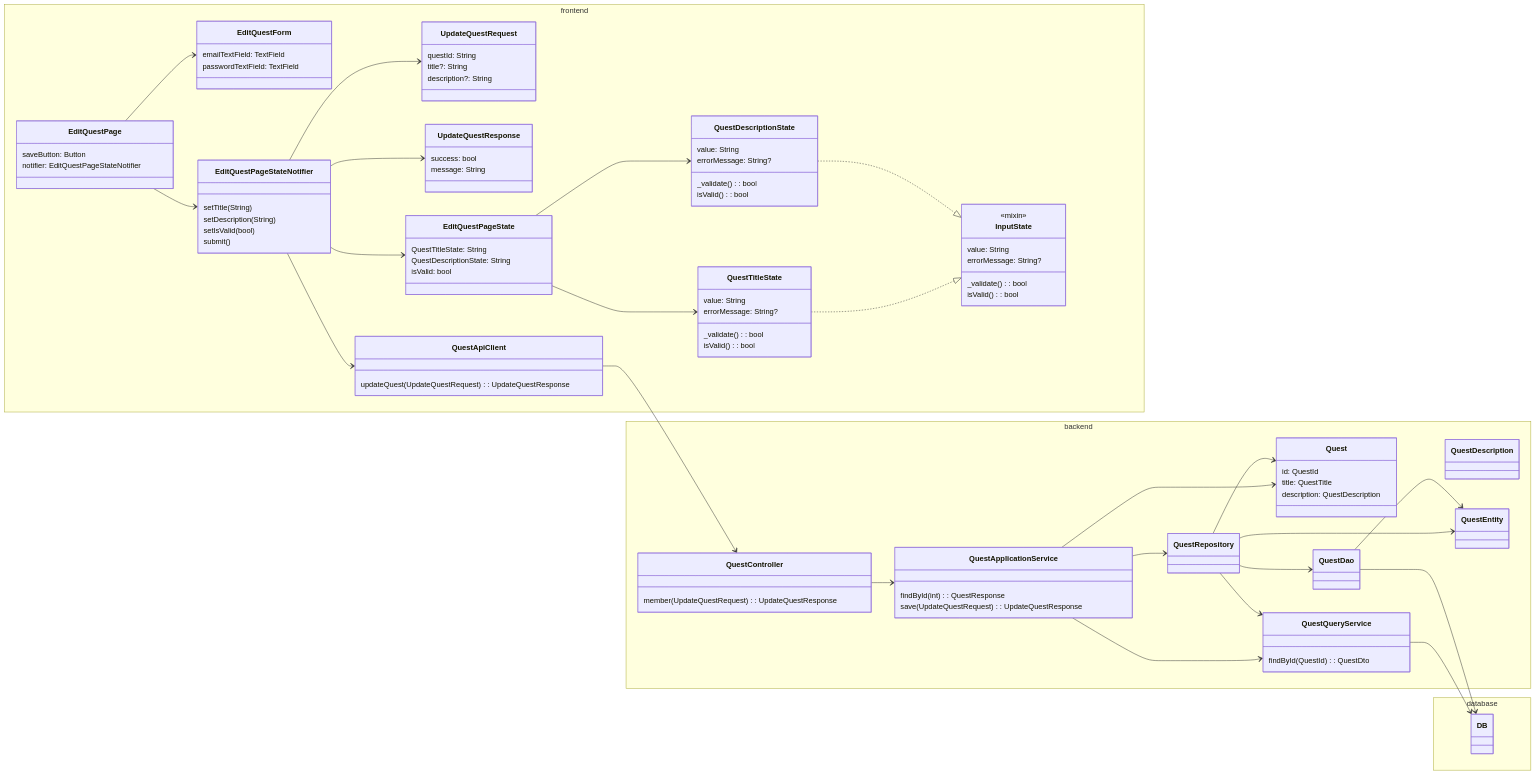
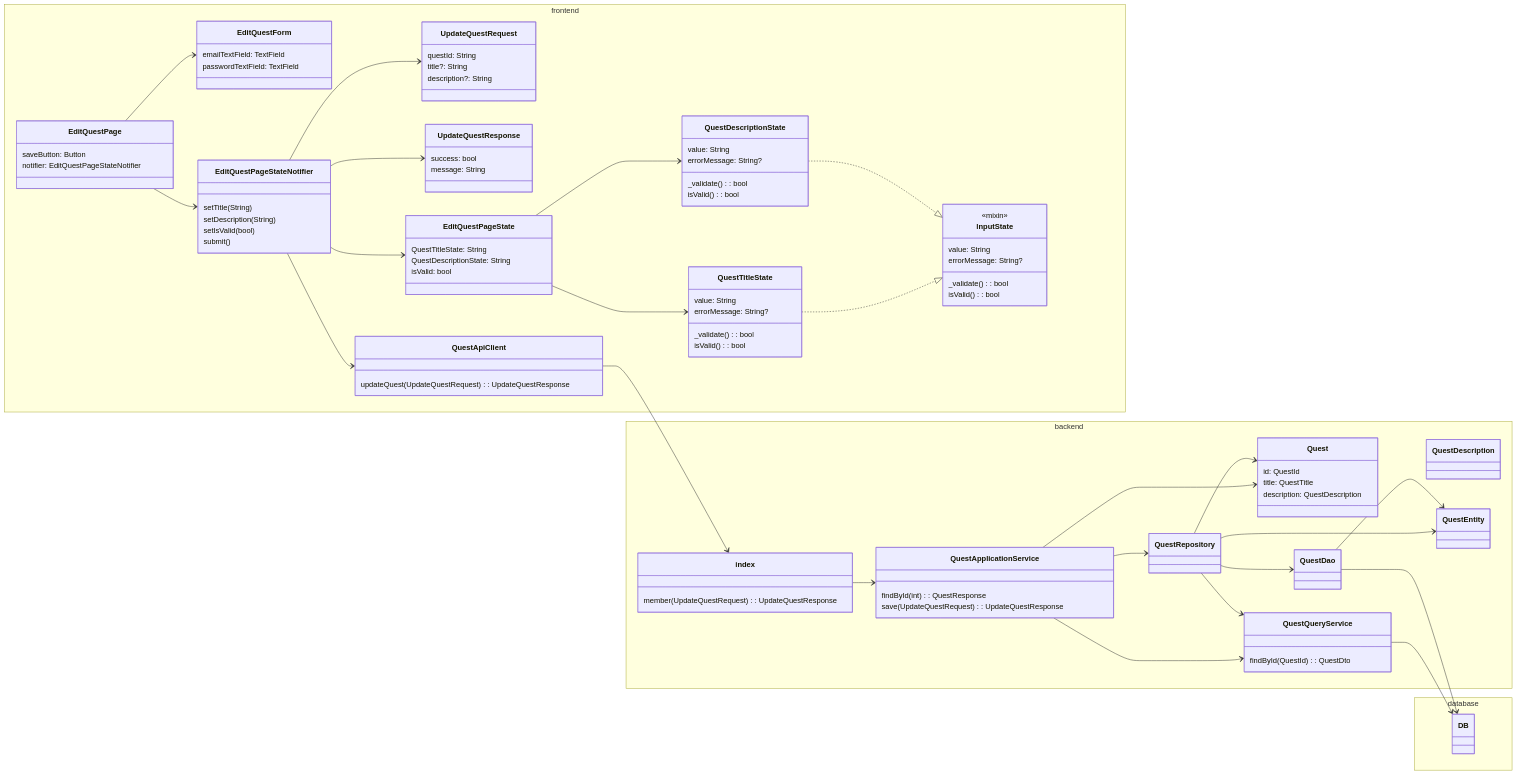
One commit to shuhei1101/allowance-questboard changed the diagram in docs/uml/flutter_supabase_clsd.md. Above: the diagram before and after it, drawn with Mermaid.

Commit message:
flutter_supabase_clsd.md を更新

```diff
--- a/docs/uml/flutter_supabase_clsd.md
+++ b/docs/uml/flutter_supabase_clsd.md
@@ -60,7 +60,7 @@
     }
 
     namespace backend {
-        class QuestController {
+        class index {
             member(UpdateQuestRequest): UpdateQuestResponse
         }
 
@@ -100,8 +100,8 @@
     EditQuestPageStateNotifier --> UpdateQuestResponse
     EditQuestPageStateNotifier --> QuestApiClient
     
-    QuestApiClient --> QuestController
-    QuestController --> QuestApplicationService
+    QuestApiClient --> index
+    index --> QuestApplicationService
 
     QuestApplicationService --> QuestQueryService
     QuestApplicationService --> QuestRepository
```
